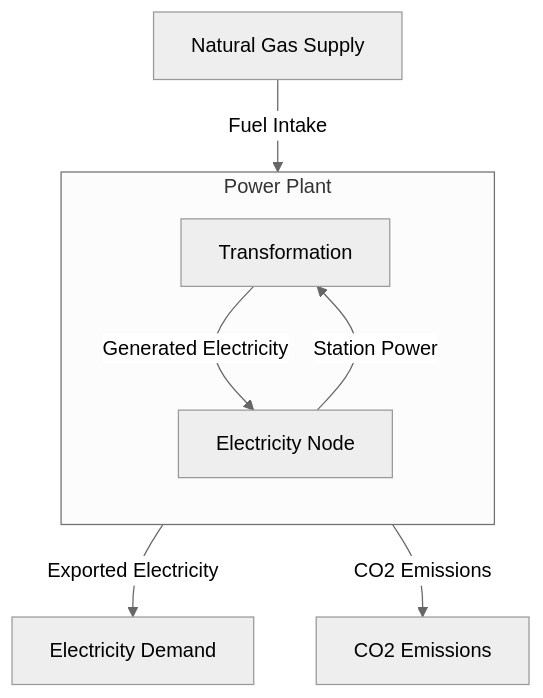
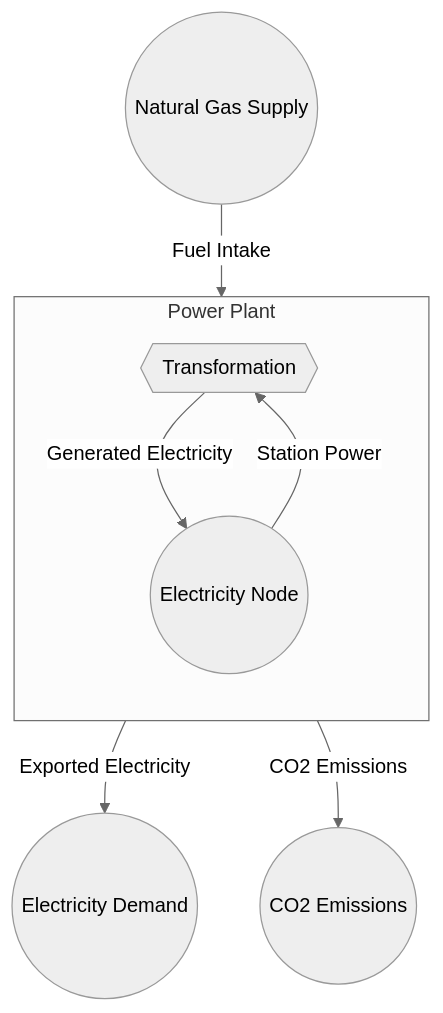
The diagram in docs/src/Manual/Nodes.md (openmod-tracker/MacroEnergy.jl), drawn with Mermaid (neutral theme) before and after one commit. The commit also changed other lines of this file and 1 other file, not shown here.

````diff
--- a/docs/src/Manual/Nodes.md
+++ b/docs/src/Manual/Nodes.md
@@ -419,16 +461,16 @@
 ```mermaid
 flowchart TD
-    A[Natural Gas Supply]
+    A((Natural Gas Supply))
     subgraph Power Plant
         direction TB
-        T[Transformation]
-        N[Electricity Node]
+        T{{Transformation}}
+        N((Electricity Node))
     end
     A -->|Fuel Intake| T
-    T -->|Generated Electricity| N[Electricity Node]
+    T -->|Generated Electricity| N
     N -->|Station Power| T
     N -->|Exported Electricity| C
     T -->|CO2 Emissions| F
-    C[Electricity Demand]
-    F[CO2 Emissions]
+    C((Electricity Demand))
+    F((CO2 Emissions))
 ```
````
